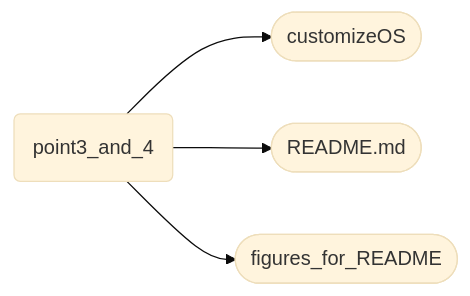
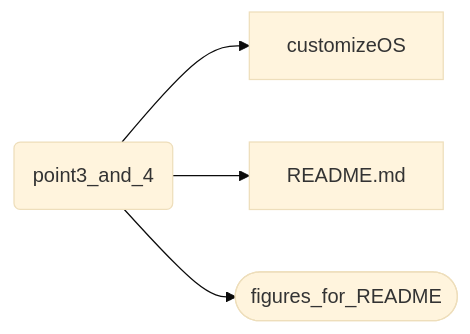
The fourth of 4 diagrams in README.md (smokyisthatyou/STM32Nucleo64), drawn with Mermaid before and after one commit. The commit also changed other lines of this file, not shown here.

Commit message:
Update graph for point3_and_4

````diff
--- a/README.md
+++ b/README.md
@@ -107,13 +111,13 @@
 ```mermaid
 %%{init: {'theme':'base'}}%%
 graph LR;
 p3(point3_and_4)
-p3-->dir4([customizeOS]);
-p3-->dir5([README.md]);
+p3-->customizeOS;
+p3-->README.md;
 p3-->dir6([figures_for_README]);
 
 click p3 href "https://baltig.polito.it/caos2023/group2/-/tree/point3_and_4" "Link to point3_and_4";
-click dir4 href "https://baltig.polito.it/caos2023/group2/-/tree/point3_and_4/customizeOS" "Link to customizeOS";
-click dir5 href "https://baltig.polito.it/caos2023/group2/-/tree/point3_and_4/README.md" "Link to README.md";
+click customizeOS href "https://baltig.polito.it/caos2023/group2/-/tree/point3_and_4/customizeOS" "Link to customizeOS";
+click README.md href "https://baltig.polito.it/caos2023/group2/-/tree/point3_and_4/README_point3.md" "Link to README.md";
 click dir6 href "https://baltig.polito.it/caos2023/group2/-/tree/point3_and_4/figures_for_README" "Link to figures_for_README";
 ```
````
